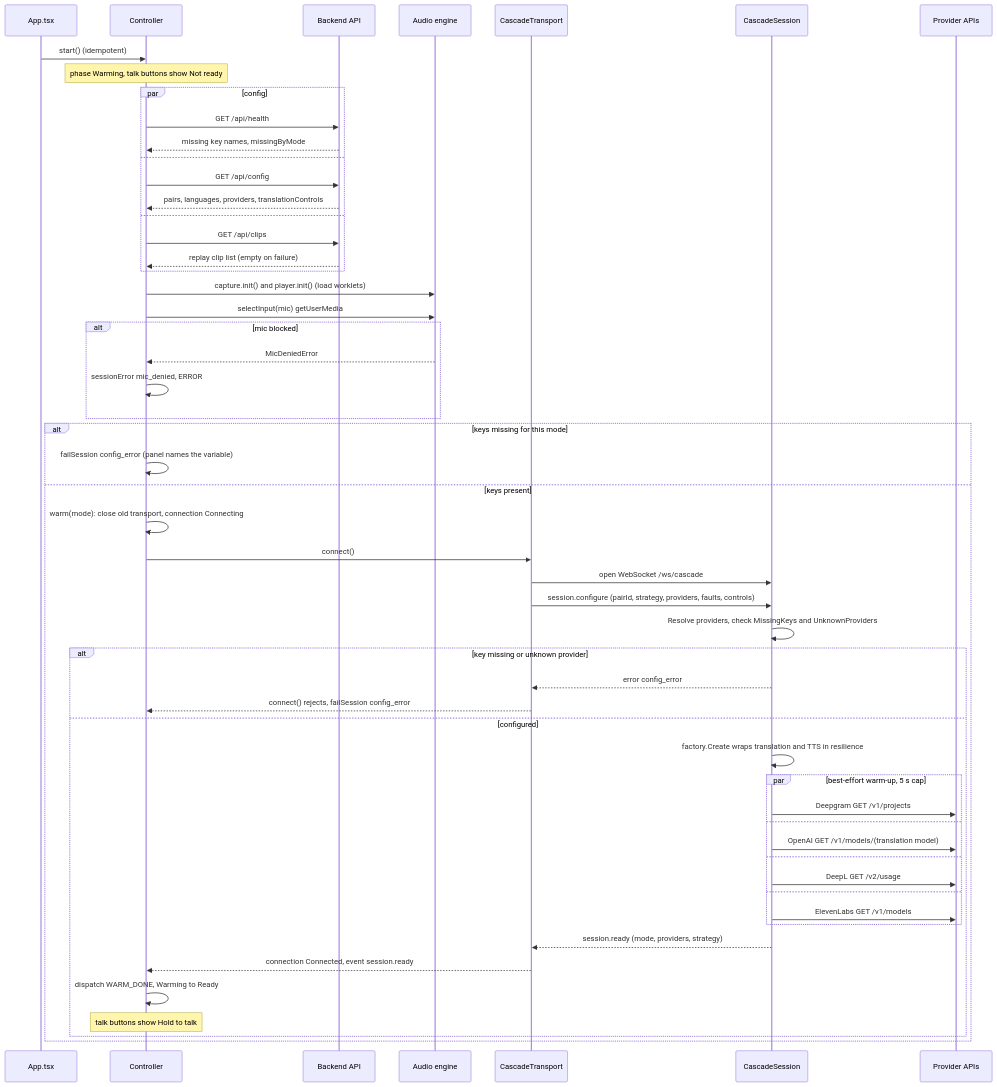
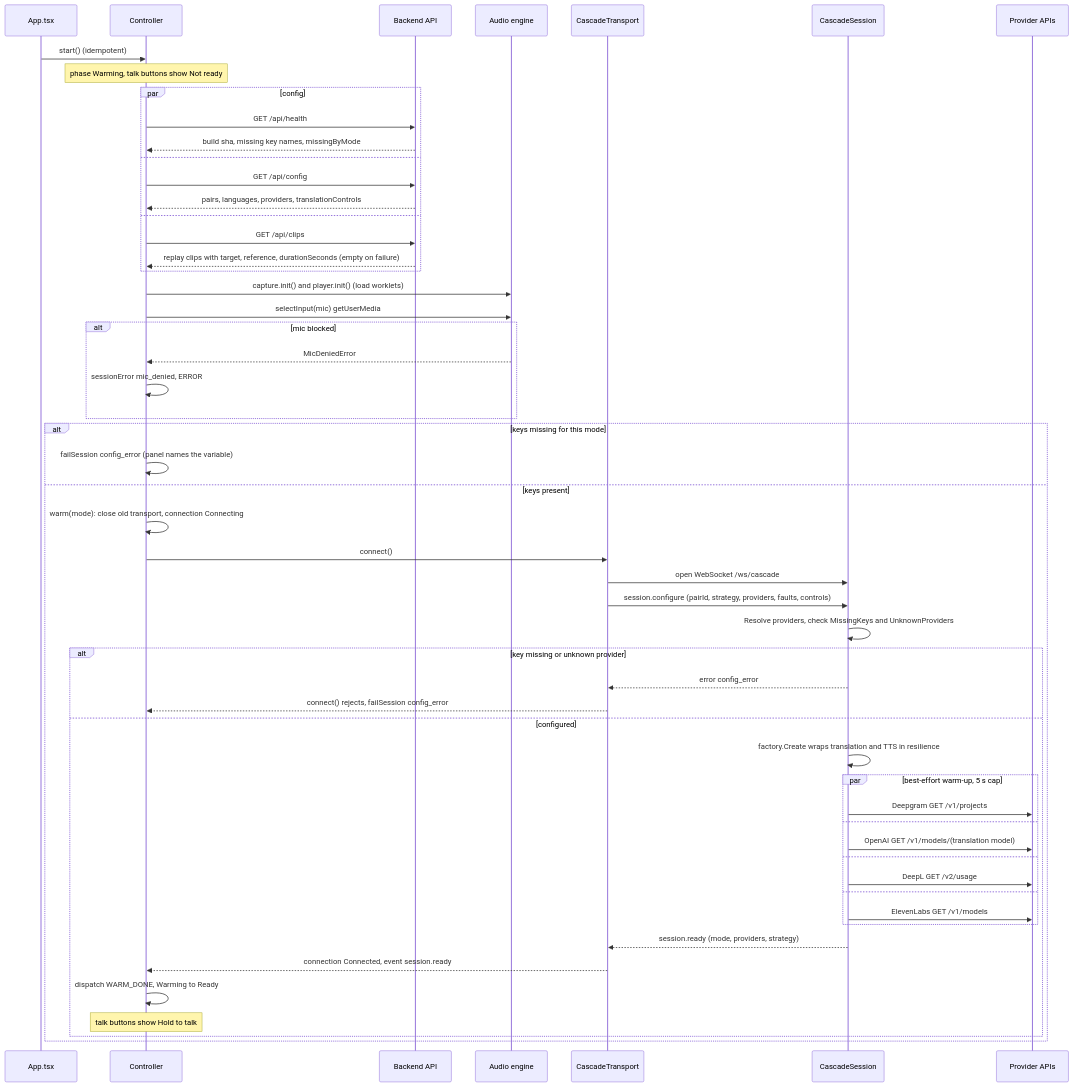
One commit to debudash/realtimevscascade-translation changed the first of 11 diagrams in docs/architecture/sequences.md. Above: the diagram before and after it, drawn with Mermaid. The commit also changed other lines of this file and 2 other files, not shown here.

First line of the commit message:
docs(architecture): sync the as-built HLA, LLA and sequences to commit 1e3f900

````diff
--- a/docs/architecture/sequences.md
+++ b/docs/architecture/sequences.md
@@ -34,57 +35,57 @@
 ```mermaid
 sequenceDiagram
     participant App as App.tsx
     participant C as Controller
     participant API as Backend API
     participant AE as Audio engine
     participant T as CascadeTransport
     participant S as CascadeSession
     participant P as Provider APIs
 
     App->>C: start() (idempotent)
     Note over C: phase Warming, talk buttons show Not ready
     par config
         C->>API: GET /api/health
-        API-->>C: missing key names, missingByMode
+        API-->>C: build sha, missing key names, missingByMode
     and
         C->>API: GET /api/config
         API-->>C: pairs, languages, providers, translationControls
     and
         C->>API: GET /api/clips
-        API-->>C: replay clip list (empty on failure)
+        API-->>C: replay clips with target, reference, durationSeconds (empty on failure)
     end
     C->>AE: capture.init() and player.init() (load worklets)
     C->>AE: selectInput(mic) getUserMedia
     alt mic blocked
         AE-->>C: MicDeniedError
         C->>C: sessionError mic_denied, ERROR
     end
     alt keys missing for this mode
         C->>C: failSession config_error (panel names the variable)
     else keys present
         C->>C: warm(mode): close old transport, connection Connecting
         C->>T: connect()
         T->>S: open WebSocket /ws/cascade
         T->>S: session.configure (pairId, strategy, providers, faults, controls)
         S->>S: Resolve providers, check MissingKeys and UnknownProviders
         alt key missing or unknown provider
             S-->>T: error config_error
             T-->>C: connect() rejects, failSession config_error
         else configured
             S->>S: factory.Create wraps translation and TTS in resilience
             par best-effort warm-up, 5 s cap
                 S->>P: Deepgram GET /v1/projects
             and
                 S->>P: OpenAI GET /v1/models/(translation model)
             and
                 S->>P: DeepL GET /v2/usage
             and
                 S->>P: ElevenLabs GET /v1/models
             end
             S-->>T: session.ready (mode, providers, strategy)
             T-->>C: connection Connected, event session.ready
             C->>C: dispatch WARM_DONE, Warming to Ready
             Note over C: talk buttons show Hold to talk
         end
     end
 ```
````
